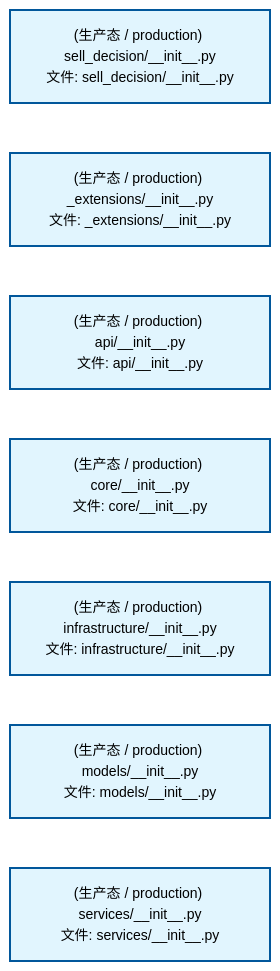
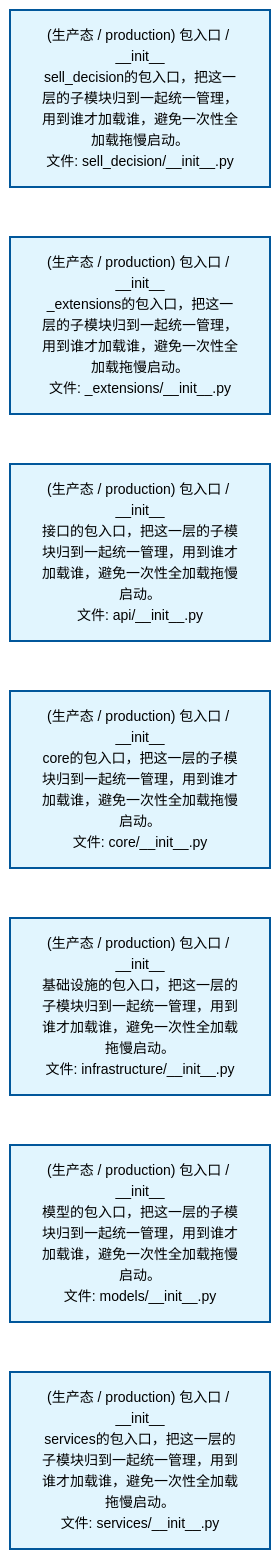
One commit to xuanFelixVan/ZephyrAlpha changed the second of 4 diagrams in docs/02_enterprise_architecture/02_domain_architecture_docs/67_d_sell_decision.md. Above: the diagram before and after it, drawn with Mermaid. The commit also changed other lines of this file and 60 other files, not shown here.

````diff
--- a/docs/02_enterprise_architecture/02_domain_architecture_docs/67_d_sell_decision.md
+++ b/docs/02_enterprise_architecture/02_domain_architecture_docs/67_d_sell_decision.md
@@ -126,22 +126,22 @@
 ```mermaid
 %%{init: {'theme': 'base', 'themeVariables': {'primaryColor': '#eaeaea', 'primaryTextColor': '#333333', 'primaryBorderColor': '#666666', 'lineColor': '#666666', 'secondaryColor': '#eaeaea', 'tertiaryColor': '#eaeaea', 'fontSize': '14px'}}}%%
 flowchart TD
-    src_zephyr_sell_decision_init_py["(生产态 / production) sell_decision/__init__.py<br/>文件: sell_decision/__init__.py"]
-    src_zephyr_sell_decision_extensions_init_py["(生产态 / production) _extensions/__init__.py<br/>文件: _extensions/__init__.py"]
-    src_zephyr_sell_decision_api_init_py["(生产态 / production) api/__init__.py<br/>文件: api/__init__.py"]
-    src_zephyr_sell_decision_core_init_py["(生产态 / production) core/__init__.py<br/>文件: core/__init__.py"]
-    src_zephyr_sell_decision_infrastructure_init_py["(生产态 / production) infrastructure/__init__.py<br/>文件: infrastructure/__init__.py"]
-    src_zephyr_sell_decision_models_init_py["(生产态 / production) models/__init__.py<br/>文件: models/__init__.py"]
-    src_zephyr_sell_decision_services_init_py["(生产态 / production) services/__init__.py<br/>文件: services/__init__.py"]
+    src_zephyr_sell_decision_init_py["(生产态 / production) 包入口 / __init__<br/>sell_decision的包入口，把这一层的子模块归到一起统一管理，用到谁才加载谁，避免一次性全加载拖慢启动。<br/>文件: sell_decision/__init__.py"]
+    src_zephyr_sell_decision_extensions_init_py["(生产态 / production) 包入口 / __init__<br/>_extensions的包入口，把这一层的子模块归到一起统一管理，用到谁才加载谁，避免一次性全加载拖慢启动。<br/>文件: _extensions/__init__.py"]
+    src_zephyr_sell_decision_api_init_py["(生产态 / production) 包入口 / __init__<br/>接口的包入口，把这一层的子模块归到一起统一管理，用到谁才加载谁，避免一次性全加载拖慢启动。<br/>文件: api/__init__.py"]
+    src_zephyr_sell_decision_core_init_py["(生产态 / production) 包入口 / __init__<br/>core的包入口，把这一层的子模块归到一起统一管理，用到谁才加载谁，避免一次性全加载拖慢启动。<br/>文件: core/__init__.py"]
+    src_zephyr_sell_decision_infrastructure_init_py["(生产态 / production) 包入口 / __init__<br/>基础设施的包入口，把这一层的子模块归到一起统一管理，用到谁才加载谁，避免一次性全加载拖慢启动。<br/>文件: infrastructure/__init__.py"]
+    src_zephyr_sell_decision_models_init_py["(生产态 / production) 包入口 / __init__<br/>模型的包入口，把这一层的子模块归到一起统一管理，用到谁才加载谁，避免一次性全加载拖慢启动。<br/>文件: models/__init__.py"]
+    src_zephyr_sell_decision_services_init_py["(生产态 / production) 包入口 / __init__<br/>services的包入口，把这一层的子模块归到一起统一管理，用到谁才加载谁，避免一次性全加载拖慢启动。<br/>文件: services/__init__.py"]
     src_zephyr_sell_decision_init_py ~~~ src_zephyr_sell_decision_extensions_init_py
     src_zephyr_sell_decision_extensions_init_py ~~~ src_zephyr_sell_decision_api_init_py
     src_zephyr_sell_decision_api_init_py ~~~ src_zephyr_sell_decision_core_init_py
     src_zephyr_sell_decision_core_init_py ~~~ src_zephyr_sell_decision_infrastructure_init_py
     src_zephyr_sell_decision_infrastructure_init_py ~~~ src_zephyr_sell_decision_models_init_py
     src_zephyr_sell_decision_models_init_py ~~~ src_zephyr_sell_decision_services_init_py
     classDef production fill:#e1f5fe,stroke:#01579b,stroke-width:2px,color:#000
     classDef design fill:#fff3e0,stroke:#e65100,stroke-width:2px,color:#000,stroke-dasharray: 5 5
     classDef external_prod fill:#e8f4fd,stroke:#0277bd,stroke-width:1px,color:#000
     classDef external_design fill:#fff8e7,stroke:#ef6c00,stroke-width:1px,color:#000,stroke-dasharray: 5 5
     class src_zephyr_sell_decision_init_py,src_zephyr_sell_decision_extensions_init_py,src_zephyr_sell_decision_api_init_py,src_zephyr_sell_decision_core_init_py,src_zephyr_sell_decision_infrastructure_init_py,src_zephyr_sell_decision_models_init_py,src_zephyr_sell_decision_services_init_py production
 ```
````
